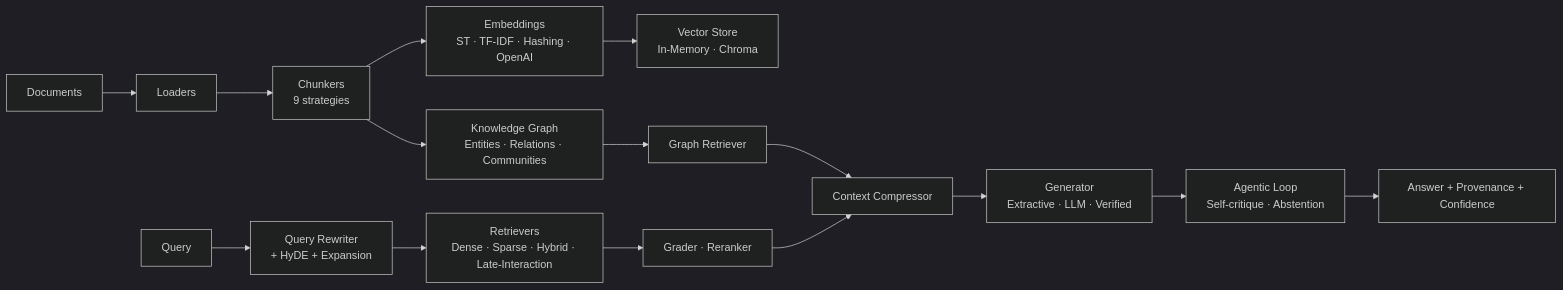
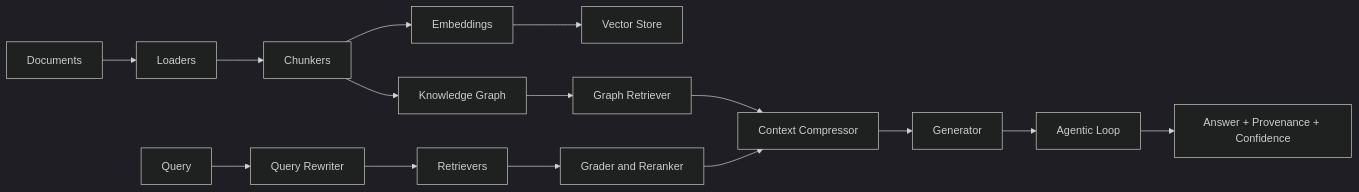
The diagram in README.md (Pratyush-bit69/Ragandchunk), drawn with Mermaid (dark theme) before and after one commit. The commit also changed other lines of this file, not shown here.

````diff
--- a/README.md
+++ b/README.md
@@ -36,17 +35,17 @@
 ```mermaid
 flowchart LR
     A[Documents] --> B[Loaders]
-    B --> C[Chunkers<br/>9 strategies]
-    C --> D[Embeddings<br/>ST · TF-IDF · Hashing · OpenAI]
-    D --> E[Vector Store<br/>In-Memory · Chroma]
-    C --> F[Knowledge Graph<br/>Entities · Relations · Communities]
-    Q[Query] --> G[Query Rewriter<br/>+ HyDE + Expansion]
-    G --> H[Retrievers<br/>Dense · Sparse · Hybrid · Late-Interaction]
-    H --> I[Grader · Reranker]
+    B --> C[Chunkers]
+    C --> D[Embeddings]
+    D --> E[Vector Store]
+    C --> F[Knowledge Graph]
+    Q[Query] --> G[Query Rewriter]
+    G --> H[Retrievers]
+    H --> I[Grader and Reranker]
     F --> J[Graph Retriever]
     I --> K[Context Compressor]
     J --> K
-    K --> L[Generator<br/>Extractive · LLM · Verified]
-    L --> M[Agentic Loop<br/>Self-critique · Abstention]
+    K --> L[Generator]
+    L --> M[Agentic Loop]
     M --> N[Answer + Provenance + Confidence]
 ```
````
